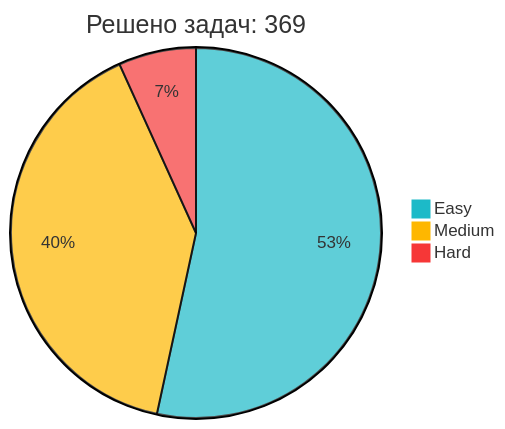
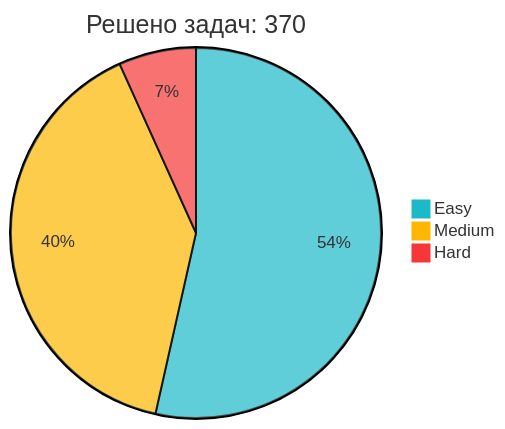
One commit to IliaKurdukov/IliaKurdukov changed the diagram in README.md. Above: the diagram before and after it, drawn with Mermaid. The commit also changed other lines of this file, not shown here.

Commit message:
📈 Обновление статистики LeetCode

````diff
--- a/README.md
+++ b/README.md
@@ -51,7 +51,7 @@
 ```mermaid
 %%{init: {'theme': 'base', 'themeVariables': { 'pie1': '#1CBAC8', 'pie2': '#FEB700', 'pie3': '#F63737' }, 'config': {'width': 300, 'height': 200}}}%%
-pie title Решено задач: 369
-   "Easy" : 197
+pie title Решено задач: 370
+   "Easy" : 198
    "Medium" : 147
    "Hard" : 25
 ```
````
